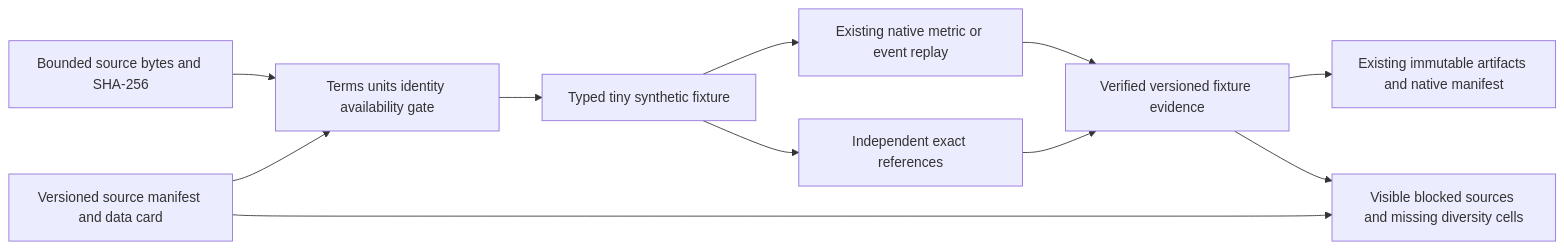
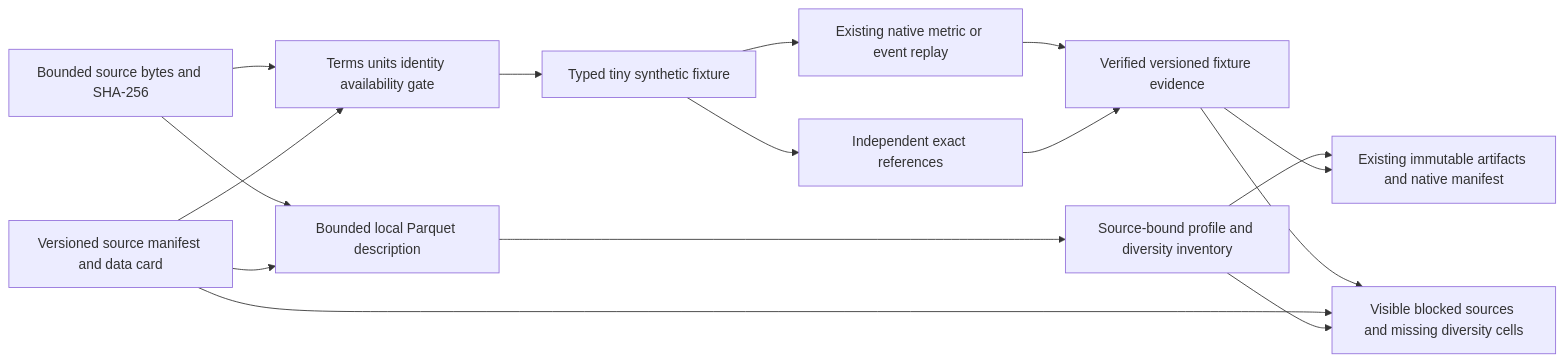
One commit to jacksonpradolima/coleman4hcs changed the diagram in docs/benchmark-corpus.md. Above: the diagram before and after it, drawn with Mermaid. The commit also changed other lines of this file and 26 other files, not shown here.

````diff
--- a/docs/benchmark-corpus.md
+++ b/docs/benchmark-corpus.md
@@ -217,13 +348,18 @@
 ```mermaid
 flowchart LR
   M[Versioned source manifest and data card] --> G[Terms units identity availability gate]
   B[Bounded source bytes and SHA-256] --> G
   G --> F[Typed tiny synthetic fixture]
   F --> O[Independent exact references]
   F --> N[Existing native metric or event replay]
   O --> V[Verified versioned fixture evidence]
   N --> V
   V --> A[Existing immutable artifacts and native manifest]
+  M --> P[Bounded local Parquet description]
+  B --> P
+  P --> D[Source-bound profile and diversity inventory]
+  D --> A
+  D --> R
   M --> R[Visible blocked sources and missing diversity cells]
   V --> R
 ```
````
